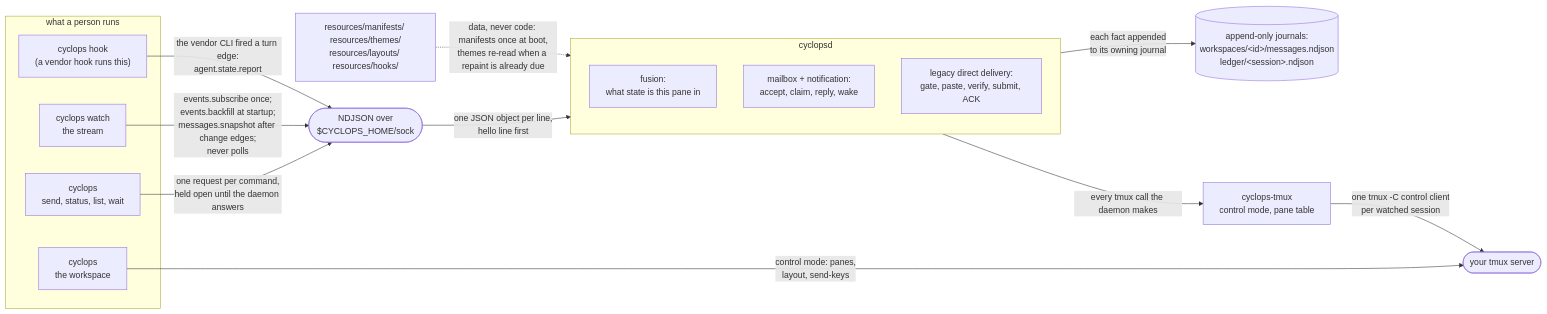
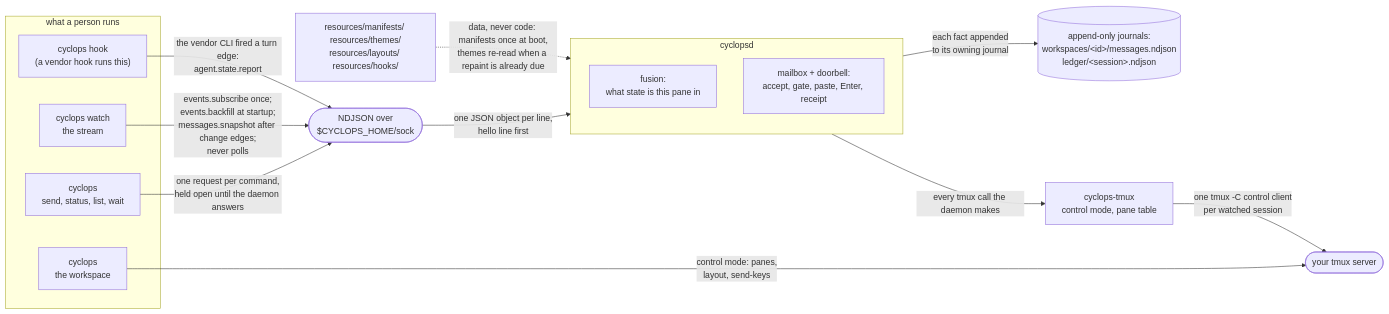
One commit to cyclops-team/cyclops changed the diagram in docs/development/HANDOFF.md. Above: the diagram before and after it, drawn with Mermaid. The commit also changed other lines of this file and 35 other files, not shown here.

````diff
--- a/docs/development/HANDOFF.md
+++ b/docs/development/HANDOFF.md
@@ -77,28 +51,27 @@
 ```mermaid
 flowchart LR
     subgraph clients["what a person runs"]
       cli["cyclops<br/>send, status, list, wait"]
       ui["cyclops watch<br/>the stream"]
       ws["cyclops<br/>the workspace"]
       hk["cyclops hook<br/>(a vendor hook runs this)"]
     end
     subgraph daemon["cyclopsd"]
       fus["fusion:<br/>what state is this pane in"]
-      del["mailbox + notification:<br/>accept, claim, reply, wake"]
-      legacy["legacy direct delivery:<br/>gate, paste, verify, submit, ACK"]
+      del["mailbox + doorbell:<br/>accept, gate, paste, Enter, receipt"]
     end
     sock(["NDJSON over<br/>$CYCLOPS_HOME/sock"])
     led[("append-only journals:<br/>workspaces/&lt;id&gt;/messages.ndjson<br/>ledger/&lt;session&gt;.ndjson")]
     ad["cyclops-tmux<br/>control mode, pane table"]
     tmux(["your tmux server"])
     data["resources/manifests/ resources/themes/<br/>resources/layouts/ resources/hooks/"]
     cli -->|"one request per command,<br/>held open until the daemon answers"| sock
     ws -->|"control mode: panes,<br/>layout, send-keys"| tmux
     ui -->|"events.subscribe once;<br/>events.backfill at startup;<br/>messages.snapshot after change edges;<br/>never polls"| sock
     hk -->|"the vendor CLI fired a turn edge:<br/>agent.state.report"| sock
     sock -->|"one JSON object per line,<br/>hello line first"| daemon
     daemon -->|"every tmux call the daemon makes"| ad
     ad -->|"one tmux -C control client<br/>per watched session"| tmux
     daemon -->|"each fact appended<br/>to its owning journal"| led
     data -.->|"data, never code: manifests once at boot,<br/>themes re-read when a repaint is already due"| daemon
 ```
````
